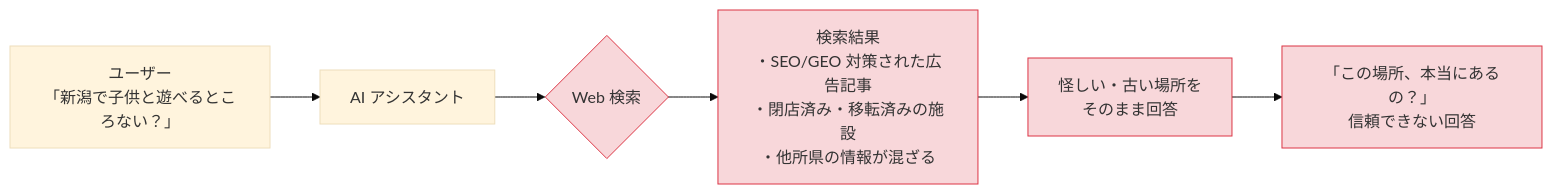
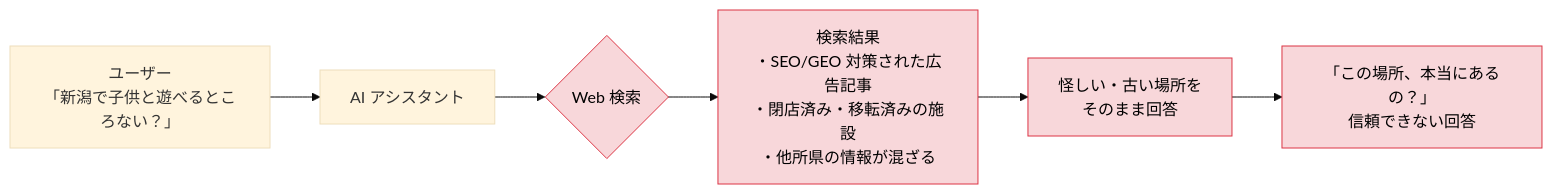
The first of 2 diagrams in README.md (Cinnamobot/nic), drawn with Mermaid (base theme) before and after one commit. The commit also changed other lines of this file, not shown here.

Commit message:
Mermaid図のノード文字色を黒に明示指定(背景色とのコントラスト確保)

````diff
--- a/README.md
+++ b/README.md
@@ -39,13 +39,13 @@
 ```mermaid
 flowchart LR
     A[ユーザー<br>「新潟で子供と遊べるところない？」] --> B[AI アシスタント]
     B --> C{Web 検索}
     C --> D[検索結果<br>・SEO/GEO 対策された広告記事<br>・閉店済み・移転済みの施設<br>・他所県の情報が混ざる]
     D --> E[怪しい・古い場所を<br>そのまま回答]
     E --> F[「この場所、本当にあるの？」<br>信頼できない回答]
 
-    style C fill:#f8d7da,stroke:#dc3545
-    style D fill:#f8d7da,stroke:#dc3545
-    style E fill:#f8d7da,stroke:#dc3545
-    style F fill:#f8d7da,stroke:#dc3545
+    style C fill:#f8d7da,stroke:#dc3545,color:#000
+    style D fill:#f8d7da,stroke:#dc3545,color:#000
+    style E fill:#f8d7da,stroke:#dc3545,color:#000
+    style F fill:#f8d7da,stroke:#dc3545,color:#000
 ```
````
